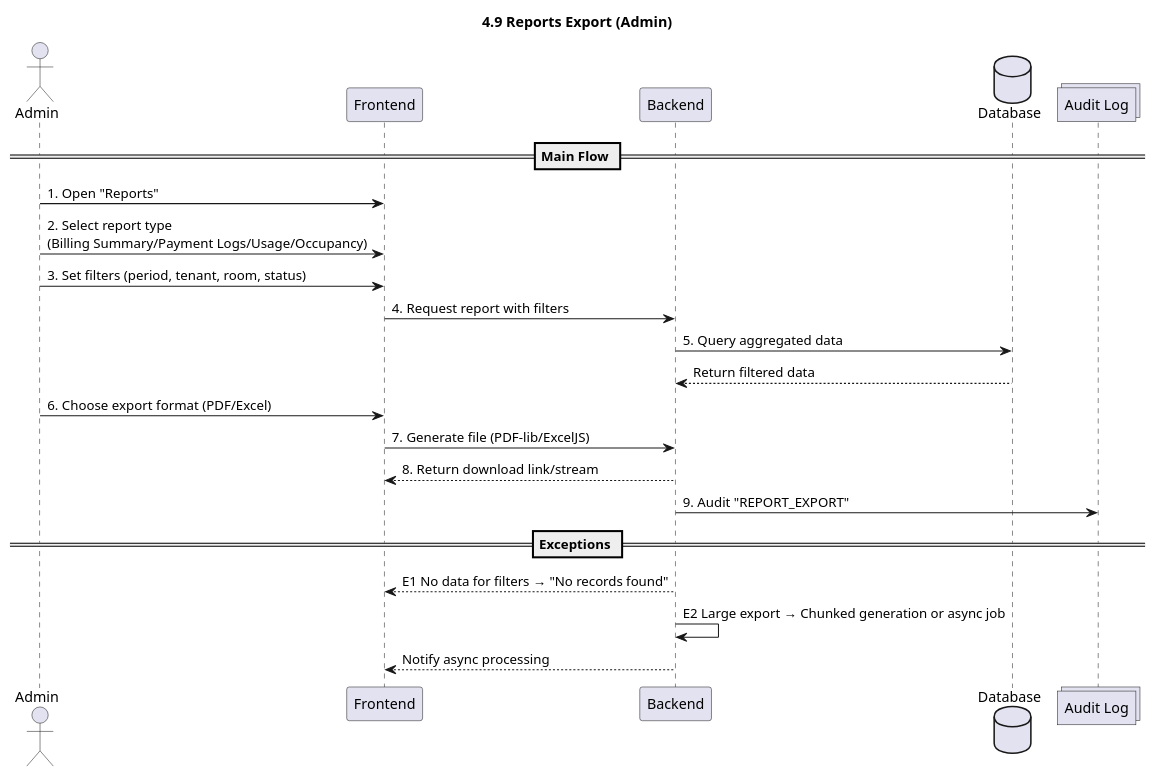
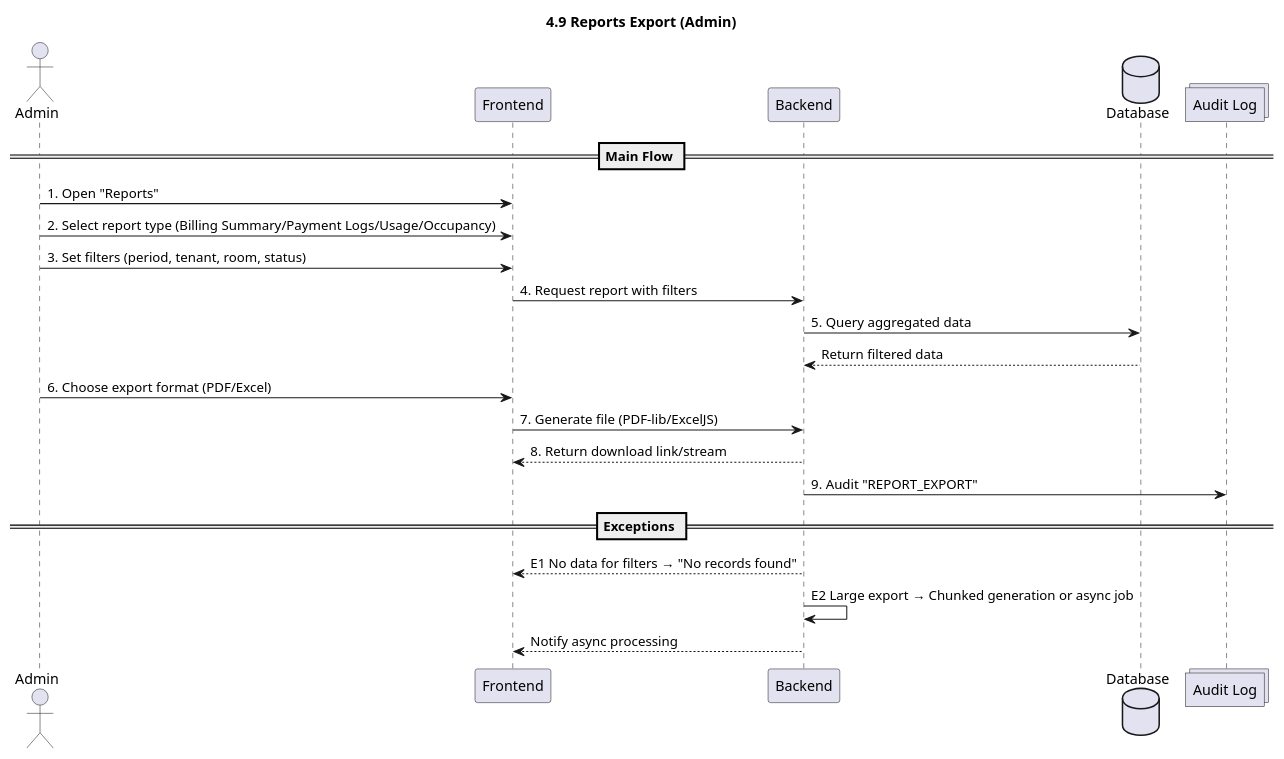
One commit to chae-oop/Sequence-Model-ubcms changed the diagram in Sequence Diagram Model/4.9_ReportsExport.puml. Above: the diagram before and after it, drawn with PlantUML.

```diff
--- a/Sequence Diagram Model/4.9_ReportsExport.puml
+++ b/Sequence Diagram Model/4.9_ReportsExport.puml
@@ -1,28 +1,28 @@
 @startuml
 title 4.9 Reports Export (Admin)
 
 actor Admin
 participant Frontend
 participant Backend
 database Database
 collections "Audit Log" as Log
 
 == Main Flow ==
 Admin -> Frontend: 1. Open "Reports"
-Admin -> Frontend: 2. Select report type\n(Billing Summary/Payment Logs/Usage/Occupancy)
+Admin -> Frontend: 2. Select report type (Billing Summary/Payment Logs/Usage/Occupancy)
 Admin -> Frontend: 3. Set filters (period, tenant, room, status)
 Frontend -> Backend: 4. Request report with filters
 Backend -> Database: 5. Query aggregated data
 Database --> Backend: Return filtered data
 Admin -> Frontend: 6. Choose export format (PDF/Excel)
 Frontend -> Backend: 7. Generate file (PDF-lib/ExcelJS)
 Backend --> Frontend: 8. Return download link/stream
 Backend -> Log: 9. Audit "REPORT_EXPORT"
 
 == Exceptions ==
 Backend --> Frontend: E1 No data for filters → "No records found"
 
 Backend -> Backend: E2 Large export → Chunked generation or async job
 Backend --> Frontend: Notify async processing
 
 @enduml
```
